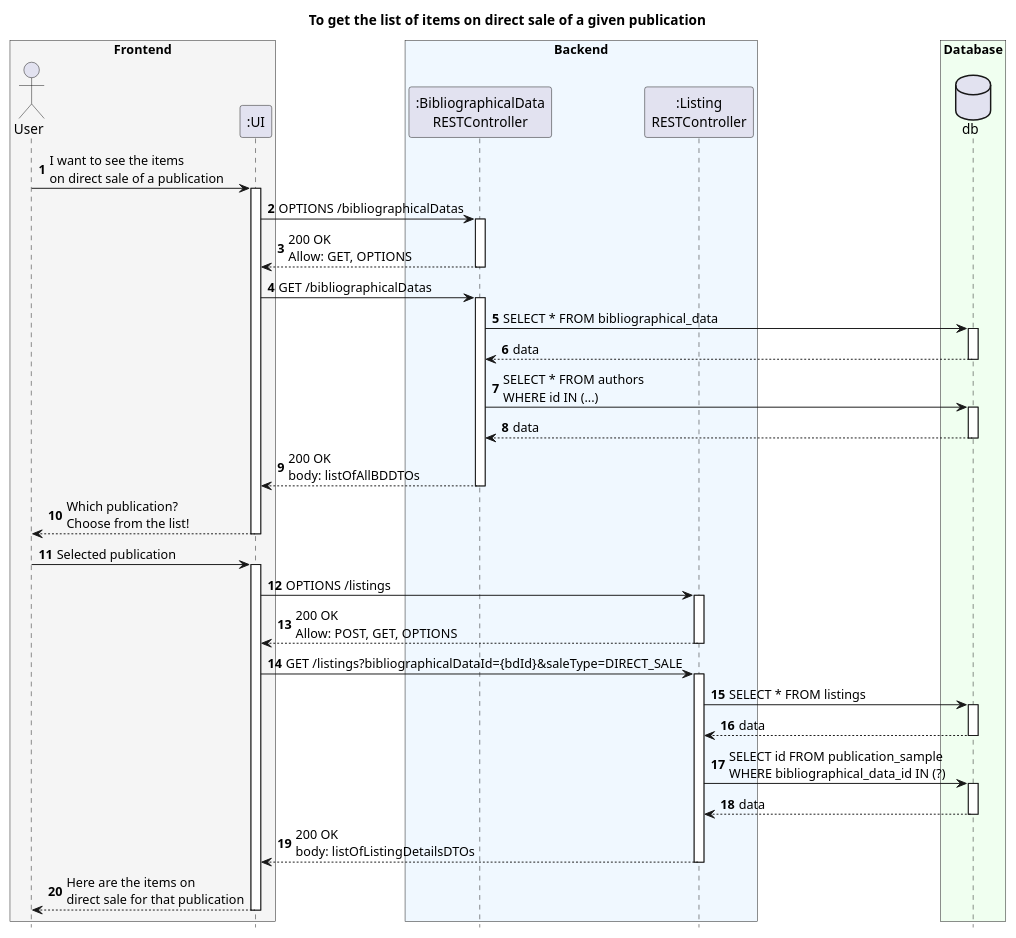
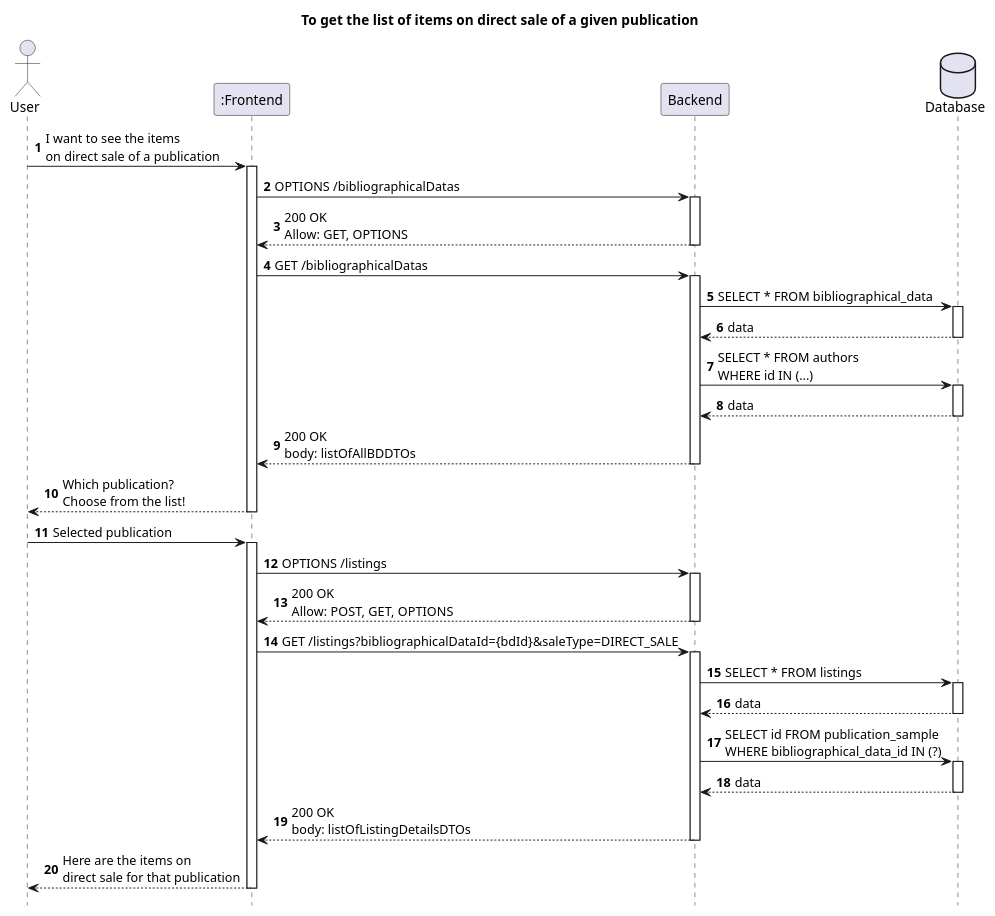
One commit to AndrePereiraGitH/SWitCH-Project-Team_A changed the diagram in Diagrams/SequenceDiagrams/To-get-the-list-of-items-on-direct-sale-of-a-given-publication/N2/Frontend-Backend-Database.puml. Above: the diagram before and after it, drawn with PlantUML.

Commit message:
docs #1073: updated SD N2 for feature To-get-the-list-of-items-on-direct-sale-of-a-given-publication

```diff
--- a/Diagrams/SequenceDiagrams/To-get-the-list-of-items-on-direct-sale-of-a-given-publication/N2/Frontend-Backend-Database.puml
+++ b/Diagrams/SequenceDiagrams/To-get-the-list-of-items-on-direct-sale-of-a-given-publication/N2/Frontend-Backend-Database.puml
@@ -1,70 +1,61 @@
 @startuml
 autonumber
 hide footbox
 title To get the list of items on direct sale of a given publication
 
-box "Frontend" #whitesmoke
 actor User
-participant ":UI" as UI
-end box
-
-box "Backend" #aliceblue
-participant ":BibliographicalData\nRESTController" as BDCtrl
-participant ":Listing\nRESTController" as ListCtrl
-end box
-
-box "Database" #honeydew
-database "db" as db
-end box
+participant ":Frontend" as FE
+participant "Backend" as BE
+database "Database" as db
 
 ' ==========================================
 ' 1 — Get all bibliographical data
 ' ==========================================
 
-User -> UI : I want to see the items\non direct sale of a publication
-activate UI
-UI -> BDCtrl : OPTIONS /bibliographicalDatas
-activate BDCtrl
-BDCtrl --> UI : 200 OK\nAllow: GET, OPTIONS
-deactivate BDCtrl
-UI -> BDCtrl : GET /bibliographicalDatas
-activate BDCtrl
-BDCtrl -> db : SELECT * FROM bibliographical_data
+User -> FE : I want to see the items\non direct sale of a publication
+activate FE
+FE -> BE : OPTIONS /bibliographicalDatas
+activate BE
+BE --> FE : 200 OK\nAllow: GET, OPTIONS
+deactivate BE
+FE -> BE : GET /bibliographicalDatas
+activate BE
+BE -> db : SELECT * FROM bibliographical_data
 activate db
-db --> BDCtrl : data
+db --> BE : data
 deactivate db
-BDCtrl -> db : SELECT * FROM authors\nWHERE id IN (...)
+BE -> db : SELECT * FROM authors\nWHERE id IN (...)
 activate db
-db --> BDCtrl : data
+db --> BE : data
 deactivate db
-BDCtrl --> UI : 200 OK\nbody: listOfAllBDDTOs
-deactivate BDCtrl
-UI --> User : Which publication?\nChoose from the list!
-deactivate UI
+BE --> FE : 200 OK\nbody: listOfAllBDDTOs
+deactivate BE
+FE --> User : Which publication?\nChoose from the list!
+deactivate FE
 
 ' =======================================================
 ' 2 — Get listings on direct sale for a given publication
 ' =======================================================
 
-User -> UI : Selected publication
-activate UI
-UI -> ListCtrl : OPTIONS /listings
-activate ListCtrl
-ListCtrl --> UI : 200 OK\nAllow: POST, GET, OPTIONS
-deactivate ListCtrl
-UI -> ListCtrl : GET /listings?bibliographicalDataId={bdId}&saleType=DIRECT_SALE
-activate ListCtrl
-ListCtrl -> db : SELECT * FROM listings
+User -> FE : Selected publication
+activate FE
+FE -> BE : OPTIONS /listings
+activate BE
+BE --> FE : 200 OK\nAllow: POST, GET, OPTIONS
+deactivate BE
+FE -> BE : GET /listings?bibliographicalDataId={bdId}&saleType=DIRECT_SALE
+activate BE
+BE -> db : SELECT * FROM listings
 activate db
-db --> ListCtrl : data
+db --> BE : data
 deactivate db
-ListCtrl -> db : SELECT id FROM publication_sample\nWHERE bibliographical_data_id IN (?)
+BE -> db : SELECT id FROM publication_sample\nWHERE bibliographical_data_id IN (?)
 activate db
-db --> ListCtrl : data
+db --> BE : data
 deactivate db
-ListCtrl --> UI : 200 OK\nbody: listOfListingDetailsDTOs
-deactivate ListCtrl
-UI --> User : Here are the items on\ndirect sale for that publication
-deactivate UI
+BE --> FE : 200 OK\nbody: listOfListingDetailsDTOs
+deactivate BE
+FE --> User : Here are the items on\ndirect sale for that publication
+deactivate FE
 
 @enduml
```
